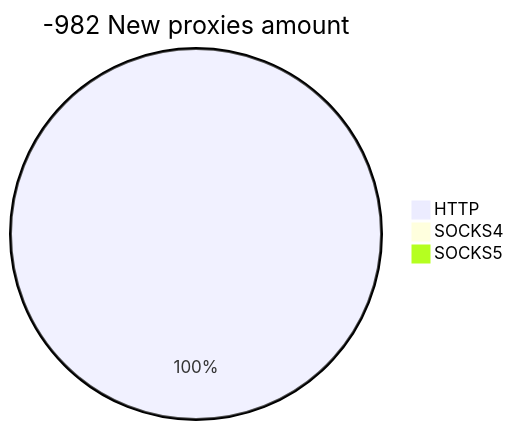
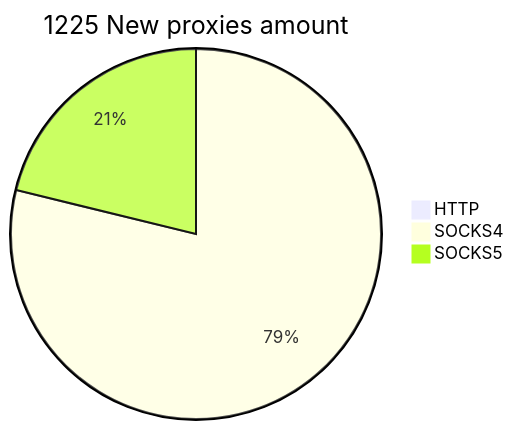
One commit to cutipu/proxylist changed the second of 2 diagrams in README.md. Above: the diagram before and after it, drawn with Mermaid. The commit also changed other lines of this file, not shown here.

````diff
--- a/README.md
+++ b/README.md
@@ -10,6 +10,6 @@
 ```mermaid
-pie title -982 New proxies amount
-    "HTTP" : 105
-    "SOCKS4" : 0
-    "SOCKS5" : 0
+pie title 1225 New proxies amount
+    "HTTP" : 0
+    "SOCKS4" : 1027
+    "SOCKS5" : 276
 ```
````
